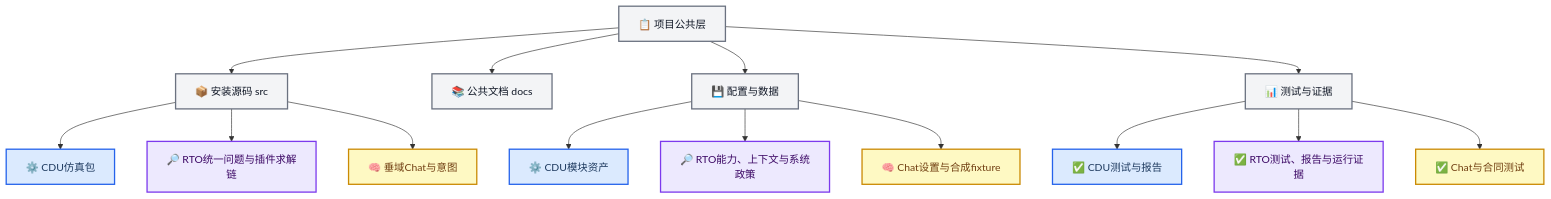
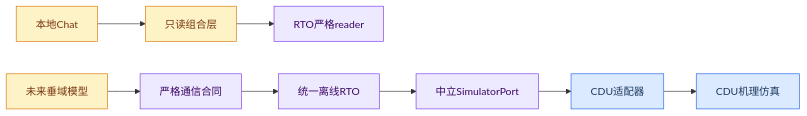
The diagram in docs/architecture/01_项目目录与模块边界.md (lvguima/petroleum_rto_agent), drawn with Mermaid before and after one commit. The commit also changed other lines of this file and 240 other files, not shown here.

````diff
--- a/docs/architecture/01_项目目录与模块边界.md
+++ b/docs/architecture/01_项目目录与模块边界.md
@@ -18,29 +11,20 @@
 ```mermaid
-flowchart TB
-    accTitle: Petroleum RTO项目目录分层
-    accDescr: 项目公共入口位于根级文档和包命名空间，各类资产再按CDU、RTO与垂域模型模块隔离，运行时只能通过公共接口跨模块调用。
+flowchart LR
+    accTitle: 项目模块与依赖方向
+    accDescr: 本地对话工具只读取安全投影，垂域严格意图通过通信合同进入RTO，RTO通过中立仿真端口调用CDU适配器，CDU不反向依赖RTO。
 
-    project["📋 项目公共层"] --> source["📦 安装源码 src"]
-    project --> docs["📚 公共文档 docs"]
-    project --> assets["💾 配置与数据"]
-    project --> evidence["📊 测试与证据"]
+    chat["本地Chat"] --> assistant["只读组合层"]
+    domain["未来垂域模型"] --> communication["严格通信合同"]
+    assistant --> rto_read["RTO严格reader"]
+    communication --> rto["统一离线RTO"]
+    rto --> simulator["中立SimulatorPort"]
+    simulator --> adapter["CDU适配器"]
+    adapter --> cdu["CDU机理仿真"]
 
-    source --> cdu_code["⚙️ CDU仿真包"]
-    source --> rto_code["🔎 RTO统一问题与插件求解链"]
-    source --> domain_model_code["🧠 垂域Chat与意图"]
-    assets --> cdu_assets["⚙️ CDU模块资产"]
-    assets --> rto_assets["🔎 RTO能力、上下文与系统政策"]
-    assets --> domain_model_assets["🧠 Chat设置与合成fixture"]
-    evidence --> cdu_evidence["✅ CDU测试与报告"]
-    evidence --> rto_evidence["✅ RTO测试、报告与运行证据"]
-    evidence --> domain_model_evidence["✅ Chat与合同测试"]
-
-    classDef shared fill:#f3f4f6,stroke:#6b7280,stroke-width:2px,color:#111827
-    classDef cdu fill:#dbeafe,stroke:#2563eb,stroke-width:2px,color:#1e3a5f
-    classDef rto fill:#ede9fe,stroke:#7c3aed,stroke-width:2px,color:#3b0764
-    classDef domain_model fill:#fef9c3,stroke:#ca8a04,stroke-width:2px,color:#713f12
-    class project,source,docs,assets,evidence shared
-    class cdu_code,cdu_assets,cdu_evidence cdu
-    class rto_code,rto_assets,rto_evidence rto
-    class domain_model_code,domain_model_assets,domain_model_evidence domain_model
+    classDef edge fill:#fef3c7,stroke:#d97706,color:#78350f
+    classDef rtoNode fill:#ede9fe,stroke:#7c3aed,color:#3b0764
+    classDef cduNode fill:#dbeafe,stroke:#2563eb,color:#1e3a5f
+    class chat,assistant,domain edge
+    class communication,rto,rto_read,simulator rtoNode
+    class adapter,cdu cduNode
 ```
````
